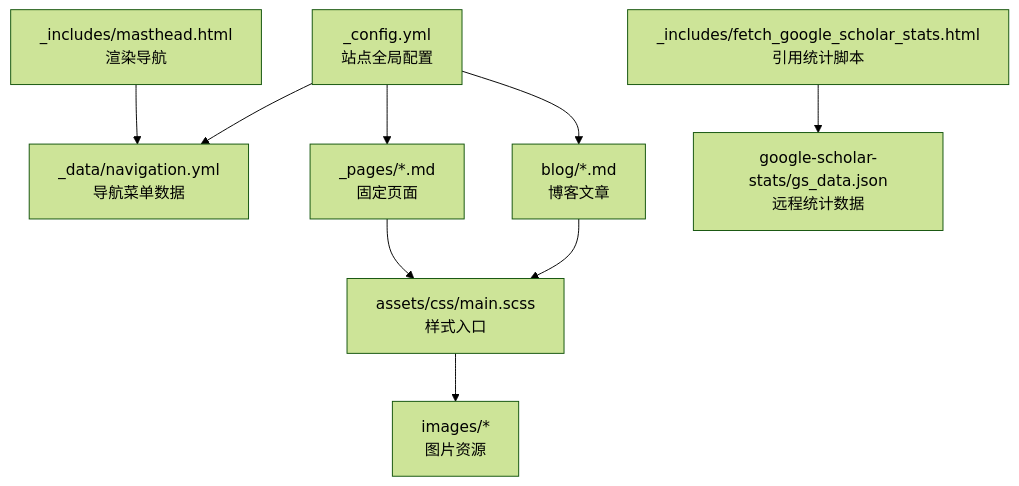
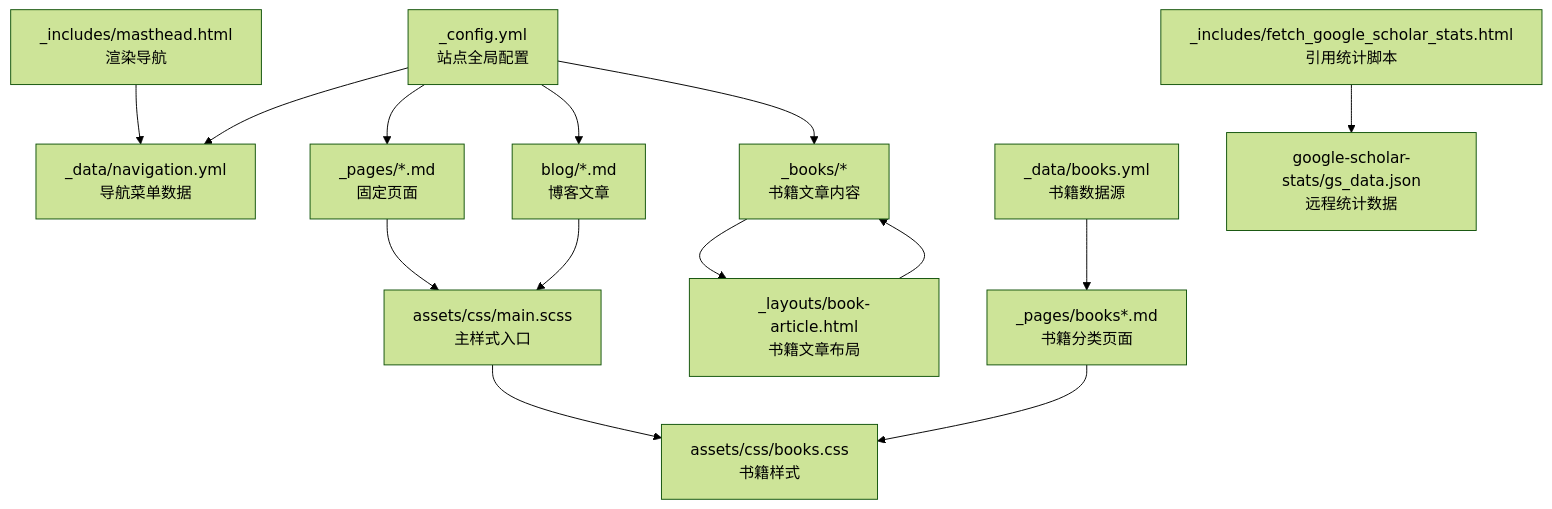
One commit to pizicaiman/pizicaiman.github.io changed the first of 4 diagrams in .qoder/repowiki/zh/content/内容管理/内容管理.md. Above: the diagram before and after it, drawn with Mermaid (forest theme). The commit also changed other lines of this file and 10 other files, not shown here.

````diff
--- a/.qoder/repowiki/zh/content/内容管理/内容管理.md
+++ b/.qoder/repowiki/zh/content/内容管理/内容管理.md
@@ -51,11 +72,16 @@
 ```mermaid
 graph TB
 A["_config.yml<br/>站点全局配置"] --> B["_data/navigation.yml<br/>导航菜单数据"]
 A --> C["_pages/*.md<br/>固定页面"]
 A --> D["blog/*.md<br/>博客文章"]
-E["_includes/masthead.html<br/>渲染导航"] --> B
-F["_includes/fetch_google_scholar_stats.html<br/>引用统计脚本"] --> G["google-scholar-stats/gs_data.json<br/>远程统计数据"]
-H["assets/css/main.scss<br/>样式入口"] --> I["images/*<br/>图片资源"]
-C --> H
-D --> H
+A --> E["_books/*<br/>书籍文章内容"]
+F["_data/books.yml<br/>书籍数据源"] --> G["_pages/books*.md<br/>书籍分类页面"]
+H["_includes/masthead.html<br/>渲染导航"] --> B
+I["_includes/fetch_google_scholar_stats.html<br/>引用统计脚本"] --> J["google-scholar-stats/gs_data.json<br/>远程统计数据"]
+K["_layouts/book-article.html<br/>书籍文章布局"] --> E
+L["assets/css/main.scss<br/>主样式入口"] --> M["assets/css/books.css<br/>书籍样式"]
+C --> L
+D --> L
+E --> K
+G --> M
 ```
````
